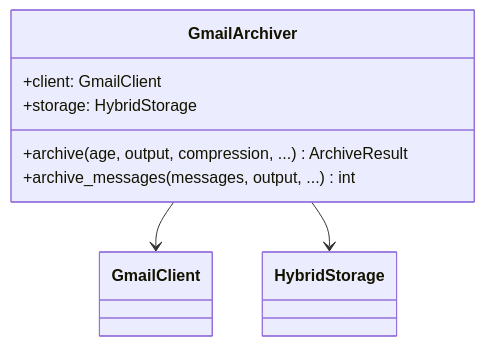
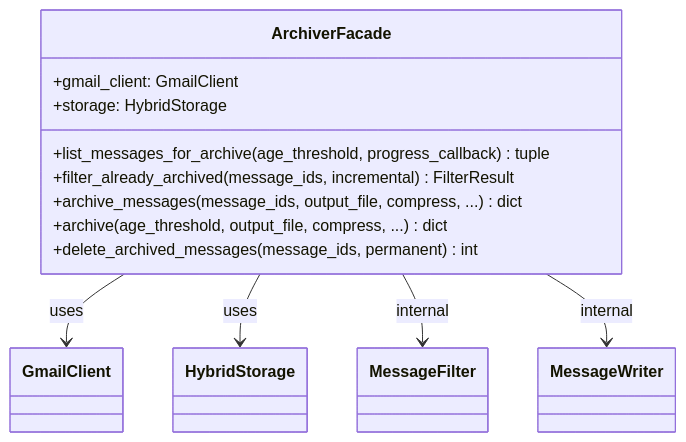
Before and after one commit to tumma72/GMailArchiver: the third of 13 diagrams in src/gmailarchiver/core/ARCHITECTURE.md, drawn with Mermaid. The commit also changed other lines of this file and 81 other files, not shown here.

````diff
--- a/src/gmailarchiver/core/ARCHITECTURE.md
+++ b/src/gmailarchiver/core/ARCHITECTURE.md
@@ -43,11 +65,16 @@
 ```mermaid
 classDiagram
-    class GmailArchiver {
-        +client: GmailClient
+    class ArchiverFacade {
+        +gmail_client: GmailClient
         +storage: HybridStorage
-        +archive(age, output, compression, ...) ArchiveResult
-        +archive_messages(messages, output, ...) int
+        +list_messages_for_archive(age_threshold, progress_callback) tuple
+        +filter_already_archived(message_ids, incremental) FilterResult
+        +archive_messages(message_ids, output_file, compress, ...) dict
+        +archive(age_threshold, output_file, compress, ...) dict
+        +delete_archived_messages(message_ids, permanent) int
     }
-    GmailArchiver --> GmailClient
-    GmailArchiver --> HybridStorage
+    ArchiverFacade --> GmailClient : uses
+    ArchiverFacade --> HybridStorage : uses
+    ArchiverFacade --> MessageFilter : internal
+    ArchiverFacade --> MessageWriter : internal
 ```
````
